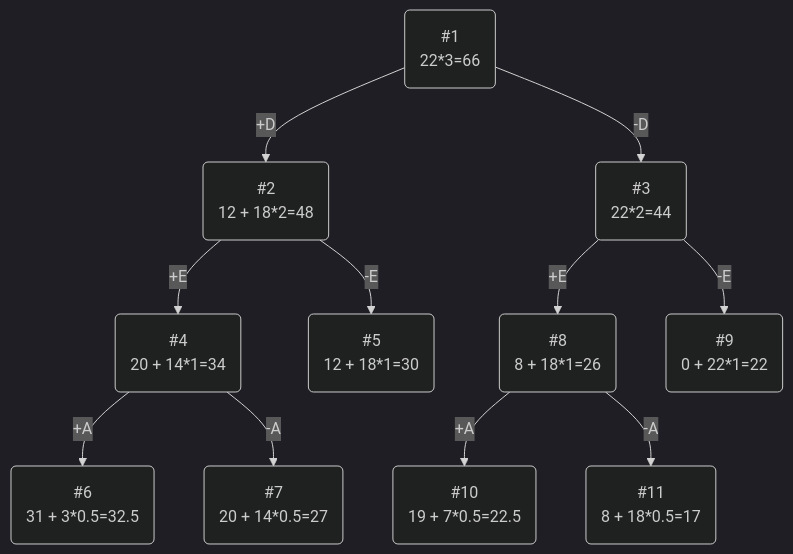
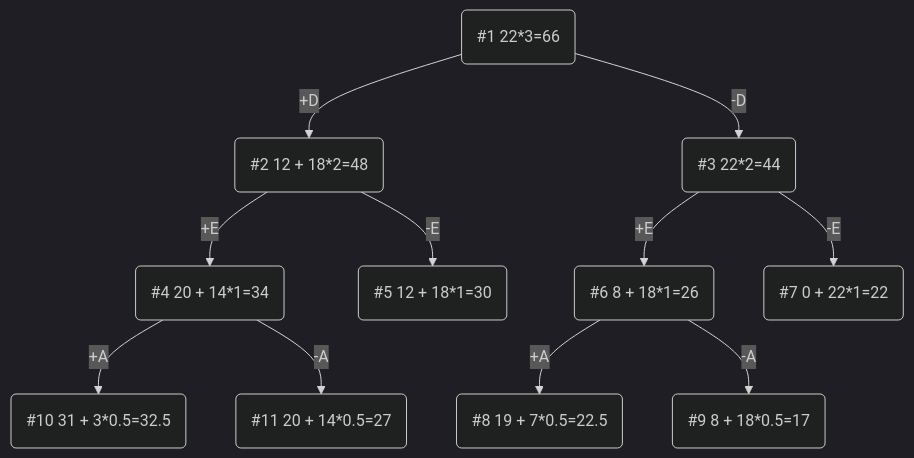
One commit to hse-algo-24-crow/manual-tasks-crow changed the diagram in task-11/milty-task-11.md. Above: the diagram before and after it, drawn with Mermaid (dark theme). The commit also changed other lines of this file, not shown here.

Commit message:
Задание №11 - Новые исправления

````diff
--- a/task-11/milty-task-11.md
+++ b/task-11/milty-task-11.md
@@ -41,13 +41,13 @@
 ```mermaid
 graph TB
-    1(#1\n22*3=66) --> |+D|2(#2\n12 + 18*2=48)
-    1 --> |-D|3(#3\n22*2=44)
-    2 --> |+E|4(#4\n20 + 14*1=34)
-    2 --> |-E|5(#5\n12 + 18*1=30)
-    4 --> |+A|6(#6\n31 + 3*0.5=32.5)
-    4 --> |-A|7(#7\n20 + 14*0.5=27)
-    3 --> |+E|8(#8\n8 + 18*1=26)
-    3 --> |-E|9(#9\n0 + 22*1=22)
-    8 --> |+A|10(#10\n19 + 7*0.5=22.5)
-    8 --> |-A|11(#11\n8 + 18*0.5=17)
+    1(#1 22*3=66) --> |+D|2(#2 12 + 18*2=48)
+    1 --> |-D|3(#3 22*2=44)
+    2 --> |+E|4(#4 20 + 14*1=34)
+    2 --> |-E|5(#5 12 + 18*1=30)
+    3 --> |+E|6(#6 8 + 18*1=26)
+    3 --> |-E|7(#7 0 + 22*1=22)
+    6 --> |+A|8(#8 19 + 7*0.5=22.5)
+    6 --> |-A|9(#9 8 + 18*0.5=17)
+    4 --> |+A|10(#10 31 + 3*0.5=32.5)
+    4 --> |-A|11(#11 20 + 14*0.5=27)
 ```
````
